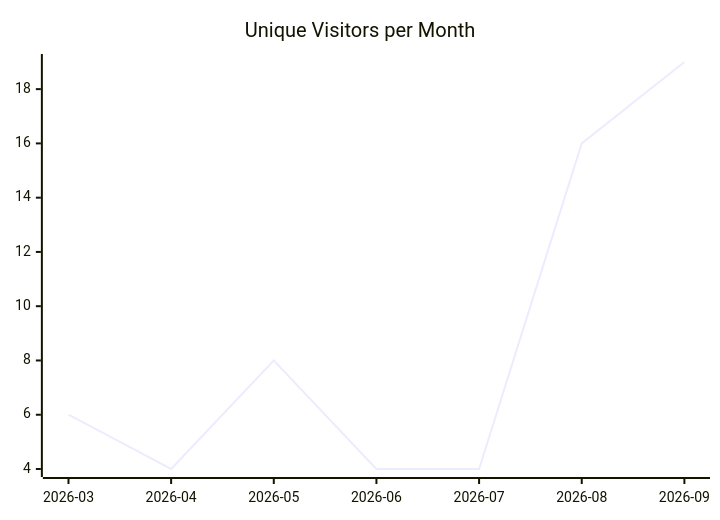
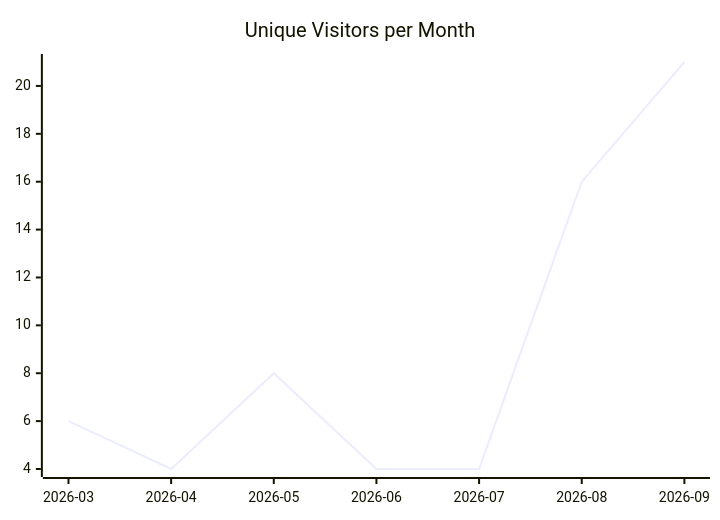
One commit to justdavis-family/github-analytics-data changed the first of 3 diagrams in karlmdavis/xmlpull/README.md. Above: the diagram before and after it, drawn with Mermaid. The commit also changed other lines of this file and 191 other files, not shown here.

````diff
--- a/karlmdavis/xmlpull/README.md
+++ b/karlmdavis/xmlpull/README.md
@@ -5,6 +5,6 @@
 ```mermaid
 xychart-beta
   title "Unique Visitors per Month"
   x-axis ["2026-03", "2026-04", "2026-05", "2026-06", "2026-07", "2026-08", "2026-09"]
-  line [6, 4, 8, 4, 4, 16, 19]
+  line [6, 4, 8, 4, 4, 16, 21]
 ```
````
